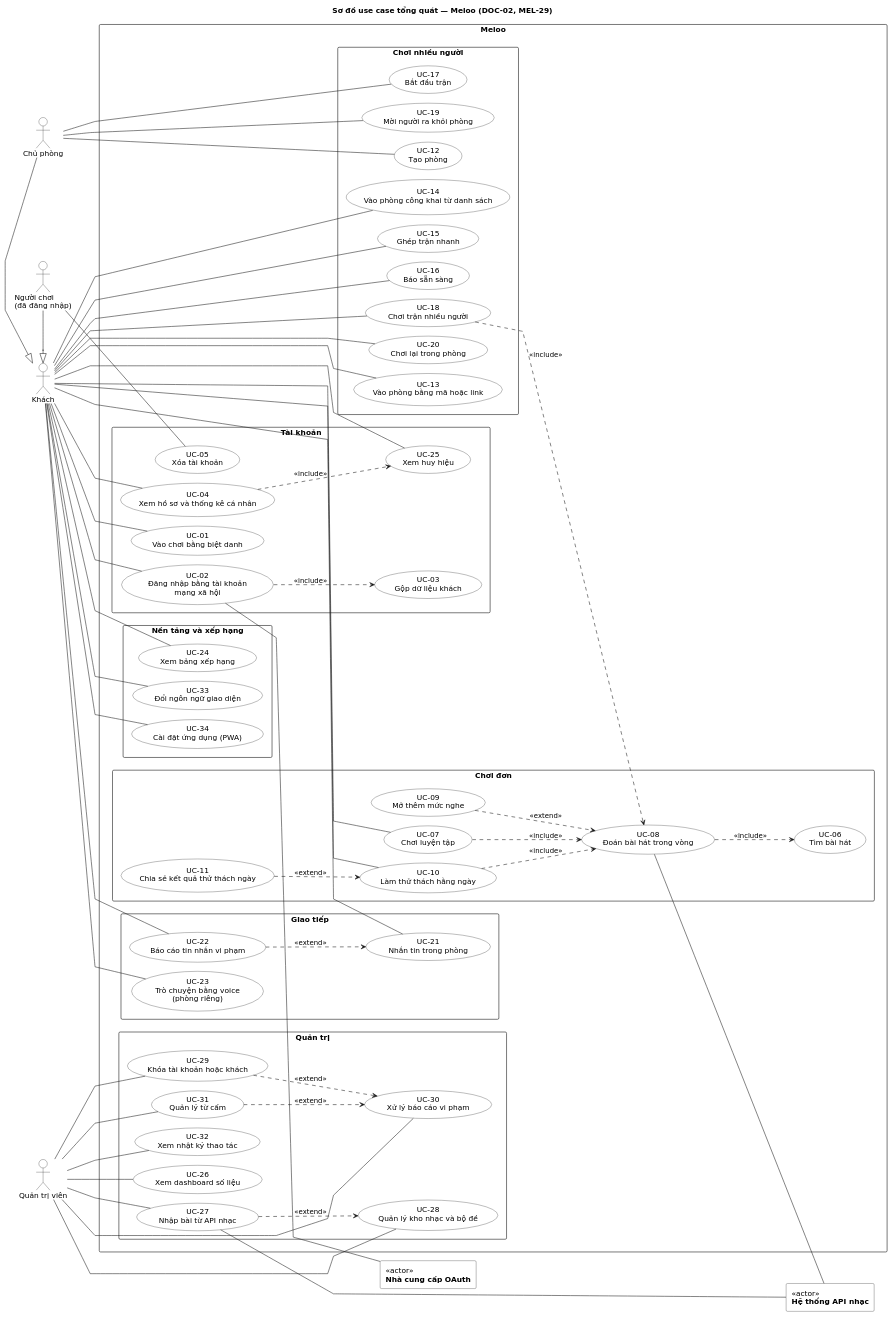
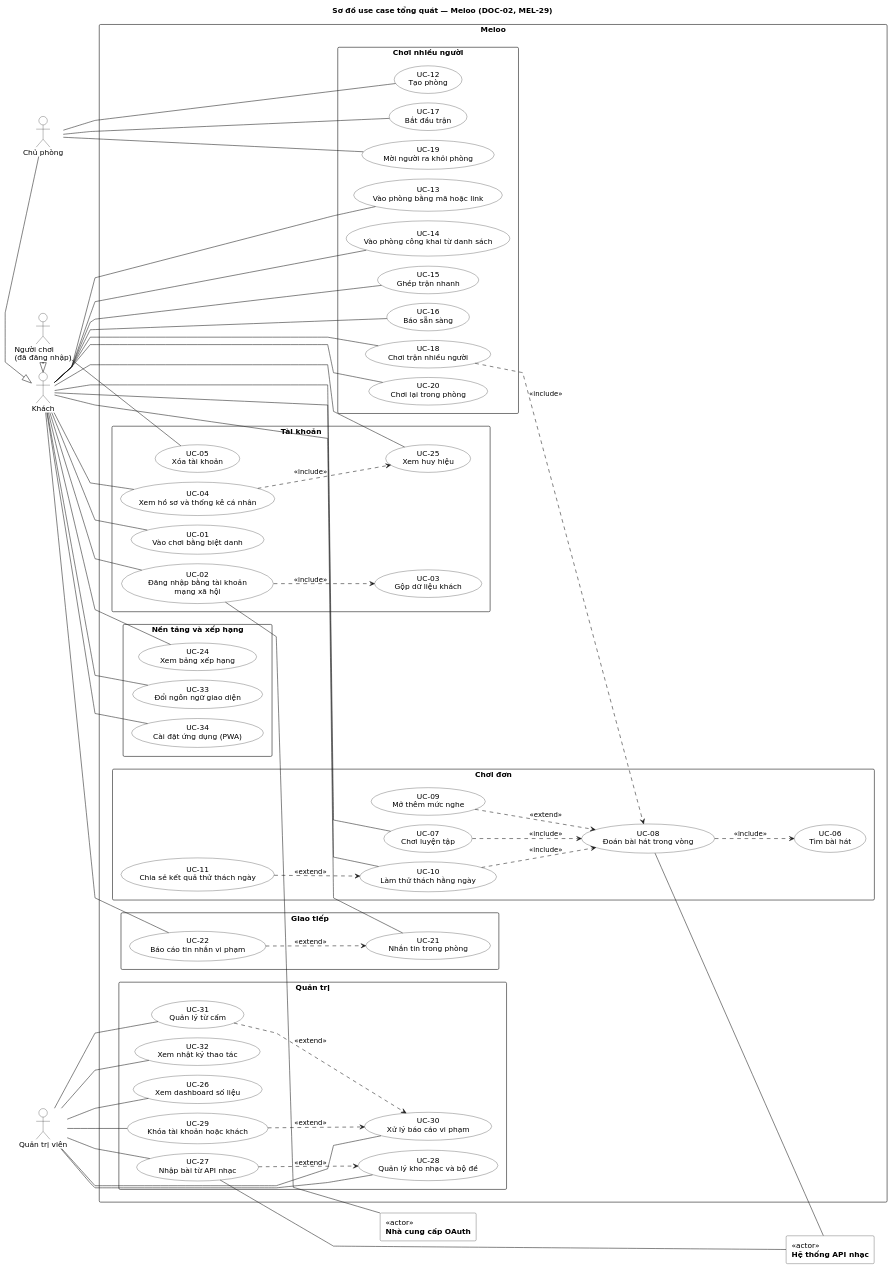
The diagram in docs/uml/usecase/uc-00-tong-quat.puml (ThaiDevv/meloo), drawn with PlantUML before and after one commit. The commit also changed 32 other files, not shown here.

```diff
--- a/docs/uml/usecase/uc-00-tong-quat.puml
+++ b/docs/uml/usecase/uc-00-tong-quat.puml
@@ -1,129 +1,127 @@
 @startuml uc-00-tong-quat
 title Sơ đồ use case tổng quát — Meloo (DOC-02, MEL-29)
 left to right direction
 skinparam shadowing false
 skinparam linetype polyline
 skinparam nodesep 18
 skinparam ranksep 70
 skinparam defaultFontName DejaVu Sans
 skinparam usecase {
   BackgroundColor white
   BorderColor black
 }
 skinparam actor {
   BackgroundColor white
   BorderColor black
 }
 skinparam rectangle {
   BackgroundColor white
   BorderColor black
 }
 actor "Quản trị viên" as Admin
 actor "Người chơi\n(đã đăng nhập)" as NguoiChoi
 actor "Khách" as Khach
 actor "Chủ phòng" as ChuPhong
 rectangle "<<actor>>\n**Nhà cung cấp OAuth**" as OAuth
 rectangle "<<actor>>\n**Hệ thống API nhạc**" as Music
 
 rectangle "**Meloo**" as sys {
   rectangle "Tài khoản" as G0 {
     usecase "UC-01\nVào chơi bằng biệt danh" as UC01
     usecase "UC-02\nĐăng nhập bằng tài khoản\nmạng xã hội" as UC02
     usecase "UC-03\nGộp dữ liệu khách" as UC03
     usecase "UC-04\nXem hồ sơ và thống kê cá nhân" as UC04
     usecase "UC-05\nXóa tài khoản" as UC05
     usecase "UC-25\nXem huy hiệu" as UC25
   }
   rectangle "Nền tảng và xếp hạng" as G1 {
     usecase "UC-24\nXem bảng xếp hạng" as UC24
     usecase "UC-33\nĐổi ngôn ngữ giao diện" as UC33
     usecase "UC-34\nCài đặt ứng dụng (PWA)" as UC34
   }
   rectangle "Chơi đơn" as G2 {
     usecase "UC-06\nTìm bài hát" as UC06
     usecase "UC-07\nChơi luyện tập" as UC07
     usecase "UC-08\nĐoán bài hát trong vòng" as UC08
     usecase "UC-09\nMở thêm mức nghe" as UC09
     usecase "UC-10\nLàm thử thách hằng ngày" as UC10
     usecase "UC-11\nChia sẻ kết quả thử thách ngày" as UC11
   }
   rectangle "Giao tiếp" as G3 {
     usecase "UC-21\nNhắn tin trong phòng" as UC21
     usecase "UC-22\nBáo cáo tin nhắn vi phạm" as UC22
-    usecase "UC-23\nTrò chuyện bằng voice\n(phòng riêng)" as UC23
   }
   rectangle "Chơi nhiều người" as G4 {
     usecase "UC-12\nTạo phòng" as UC12
     usecase "UC-13\nVào phòng bằng mã hoặc link" as UC13
     usecase "UC-14\nVào phòng công khai từ danh sách" as UC14
     usecase "UC-15\nGhép trận nhanh" as UC15
     usecase "UC-16\nBáo sẵn sàng" as UC16
     usecase "UC-17\nBắt đầu trận" as UC17
     usecase "UC-18\nChơi trận nhiều người" as UC18
     usecase "UC-19\nMời người ra khỏi phòng" as UC19
     usecase "UC-20\nChơi lại trong phòng" as UC20
   }
   rectangle "Quản trị" as G5 {
     usecase "UC-26\nXem dashboard số liệu" as UC26
     usecase "UC-27\nNhập bài từ API nhạc" as UC27
     usecase "UC-28\nQuản lý kho nhạc và bộ đề" as UC28
     usecase "UC-29\nKhóa tài khoản hoặc khách" as UC29
     usecase "UC-30\nXử lý báo cáo vi phạm" as UC30
     usecase "UC-31\nQuản lý từ cấm" as UC31
     usecase "UC-32\nXem nhật ký thao tác" as UC32
   }
 }
 
 
 NguoiChoi -|> Khach
 ChuPhong -|> Khach
 
 Khach -- UC04
 Khach -- UC25
 NguoiChoi -[hidden]- UC04
 NguoiChoi -[hidden]- UC25
 NguoiChoi -- UC05
 Khach -- UC01
 Khach -- UC02
 Khach -- UC07
 Khach -- UC10
 Khach -- UC13
 Khach -- UC14
 Khach -- UC15
 Khach -- UC16
 Khach -- UC18
 Khach -- UC20
 Khach -- UC21
 Khach -- UC22
-Khach -- UC23
 Khach -- UC24
 Khach -- UC33
 Khach -- UC34
 ChuPhong -- UC12
 ChuPhong -- UC17
 ChuPhong -- UC19
 Admin -- UC26
 Admin -- UC27
 Admin -- UC28
 Admin -- UC29
 Admin -- UC30
 Admin -- UC31
 Admin -- UC32
 
 UC04 ..> UC25 : <<include>>
 UC02 ..> UC03 : <<include>>
 UC07 ..> UC08 : <<include>>
 UC10 ..> UC08 : <<include>>
 UC18 ..> UC08 : <<include>>
 UC08 ..> UC06 : <<include>>
 UC09 ..> UC08 : <<extend>>
 UC11 ..> UC10 : <<extend>>
 UC22 ..> UC21 : <<extend>>
 UC27 ..> UC28 : <<extend>>
 UC29 ..> UC30 : <<extend>>
 UC31 ..> UC30 : <<extend>>
 
 UC02 -- OAuth
 UC08 -- Music
 UC27 -- Music
 @enduml
```
